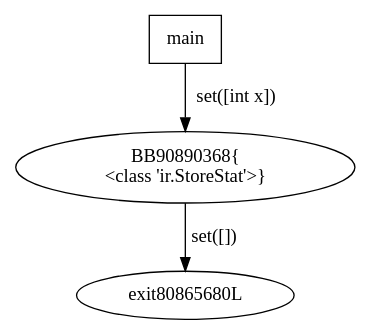
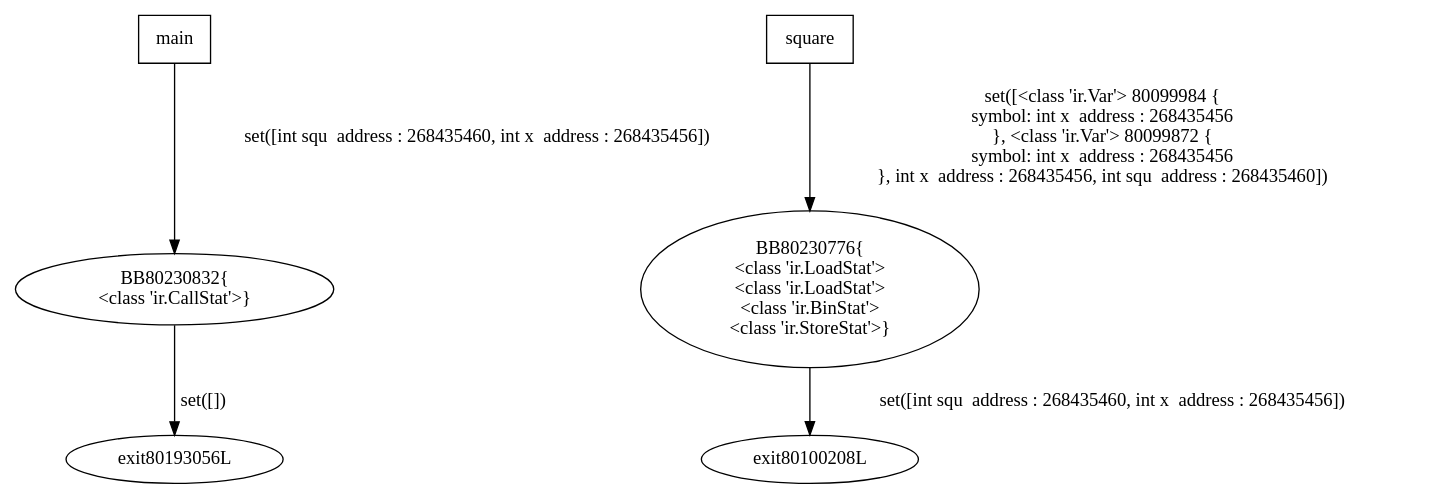
The diagram in cfg.dot (AloveIs/COT_lab), drawn with Graphviz before and after one commit. The commit also changed 32 other files, not shown here.

```diff
--- a/cfg.dot
+++ b/cfg.dot
@@ -1,6 +1,14 @@
 digraph G {
-90890368 [label="BB90890368{\n<class 'ir.StoreStat'>}"];
-90890368 -> exit80865680L [label="set([])"];
+80230832 [label="BB80230832{\n<class 'ir.CallStat'>}"];
+80230832 -> exit80193056L [label="set([])"];
+80230776 [label="BB80230776{\n<class 'ir.LoadStat'>\n<class 'ir.LoadStat'>\n<class 'ir.BinStat'>\n<class 'ir.StoreStat'>}"];
+80230776 -> exit80100208L [label="set([int squ  address : 268435460, int x  address : 268435456])"];
 main [shape=box];
-main -> 90890368 [label="set([int x])"];
+main -> 80230832 [label="set([int squ  address : 268435460, int x  address : 268435456])"];
+square [shape=box];
+square -> 80230776 [label="set([<class 'ir.Var'> 80099984 {
+	symbol: 	int x  address : 268435456
+}, <class 'ir.Var'> 80099872 {
+	symbol: 	int x  address : 268435456
+}, int x  address : 268435456, int squ  address : 268435460])"];
 }
```
